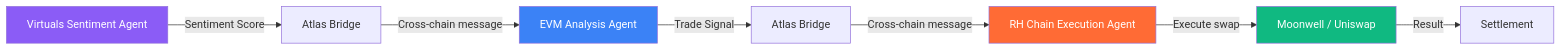
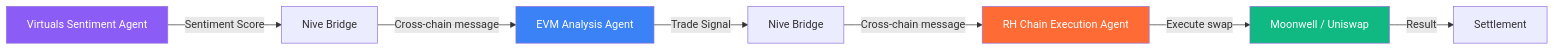
The second of 2 diagrams in README.md (Aeyorl/atlas), drawn with Mermaid before and after one commit. The commit also changed other lines of this file and 61 other files, not shown here.

First line of the commit message:
feat: rebrand Atlas to Nive and ship two-chain E2E relay demo

````diff
--- a/README.md
+++ b/README.md
@@ -426,14 +429,14 @@
 ```mermaid
 graph LR
-    A[Virtuals Sentiment Agent] -->|Sentiment Score| B[Atlas Bridge]
+    A[Virtuals Sentiment Agent] -->|Sentiment Score| B[Nive Bridge]
     B -->|Cross-chain message| C[EVM Analysis Agent]
-    C -->|Trade Signal| D[Atlas Bridge]
+    C -->|Trade Signal| D[Nive Bridge]
     D -->|Cross-chain message| E[RH Chain Execution Agent]
     E -->|Execute swap| F[Moonwell / Uniswap]
     F -->|Result| G[Settlement]
     
     style A fill:#8B5CF6,color:#fff
     style C fill:#3B82F6,color:#fff
     style E fill:#FF6B35,color:#fff
     style F fill:#10B981,color:#fff
 ```
````
